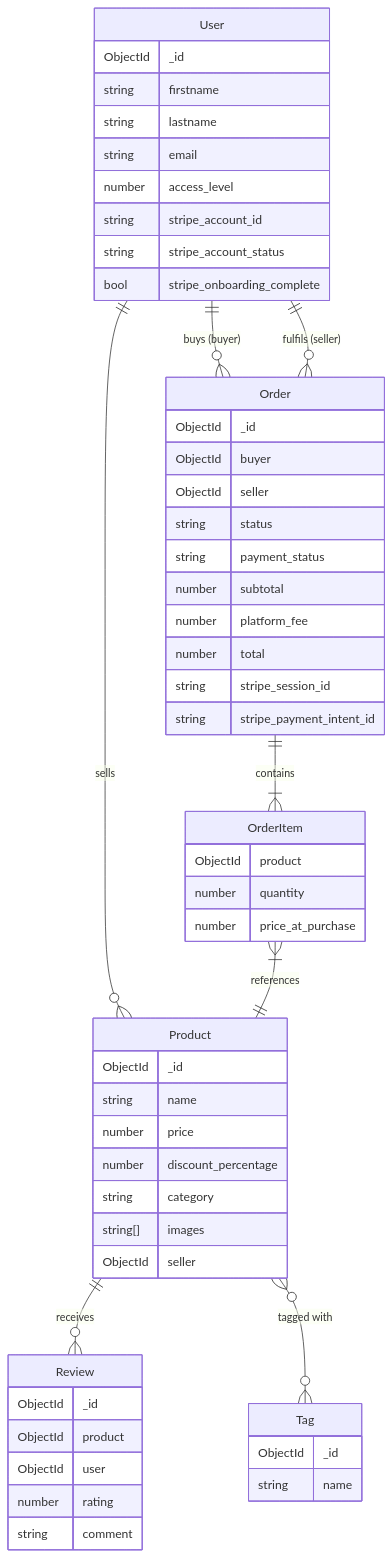
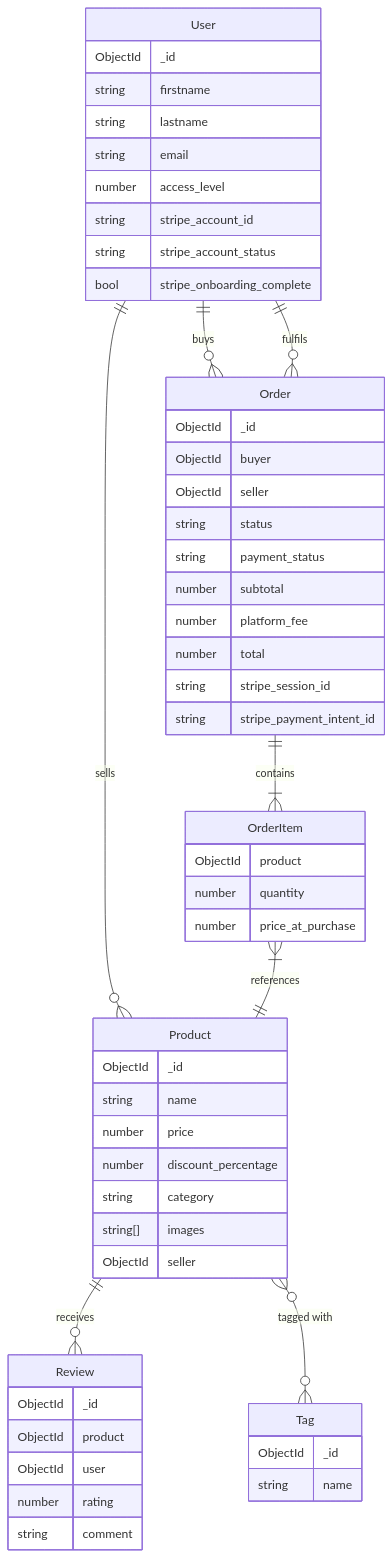
One commit to Olayanju-1234/Ecommerce-theta changed the second of 3 diagrams in README.md. Above: the diagram before and after it, drawn with Mermaid. The commit also changed other lines of this file, not shown here.

````diff
--- a/README.md
+++ b/README.md
@@ -203,63 +218,63 @@
 ```mermaid
 erDiagram
     User {
         ObjectId _id
         string firstname
         string lastname
         string email
         number access_level
         string stripe_account_id
         string stripe_account_status
         bool stripe_onboarding_complete
     }
 
     Product {
         ObjectId _id
         string name
         number price
         number discount_percentage
         string category
         string[] images
         ObjectId seller
     }
 
     Order {
         ObjectId _id
         ObjectId buyer
         ObjectId seller
         string status
         string payment_status
         number subtotal
         number platform_fee
         number total
         string stripe_session_id
         string stripe_payment_intent_id
     }
 
     OrderItem {
         ObjectId product
         number quantity
         number price_at_purchase
     }
 
     Review {
         ObjectId _id
         ObjectId product
         ObjectId user
         number rating
         string comment
     }
 
     Tag {
         ObjectId _id
         string name
     }
 
     User ||--o{ Product : "sells"
-    User ||--o{ Order : "buys (buyer)"
-    User ||--o{ Order : "fulfils (seller)"
+    User ||--o{ Order : "buys"
+    User ||--o{ Order : "fulfils"
     Order ||--|{ OrderItem : "contains"
     OrderItem }|--|| Product : "references"
     Product ||--o{ Review : "receives"
     Product }o--o{ Tag : "tagged with"
 ```
````
